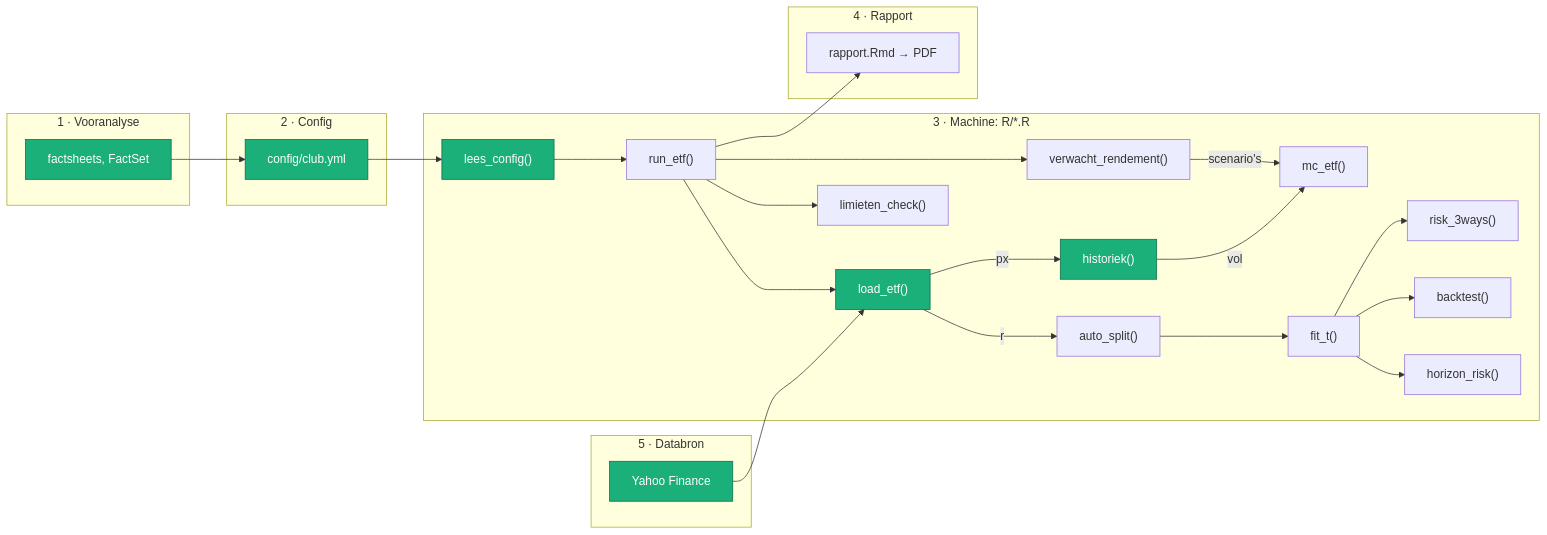
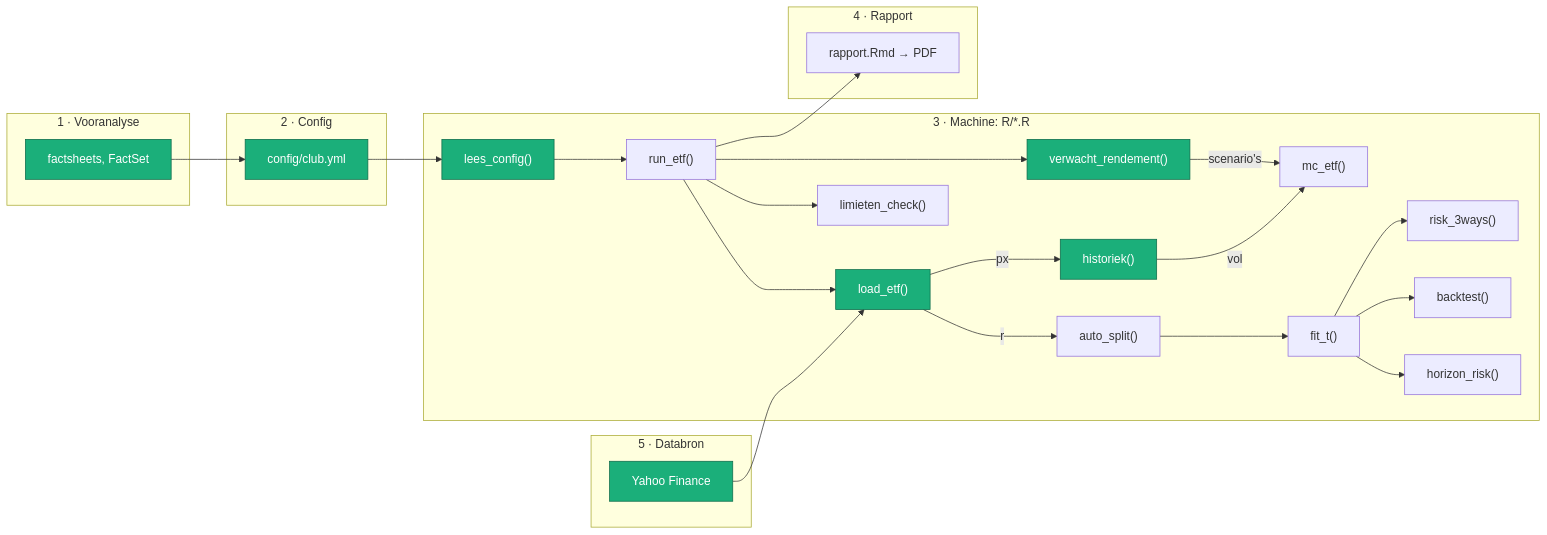
Before and after one commit to batistedecat/etf-model-1: the diagram in README.md, drawn with Mermaid. The commit also changed 5 other files, not shown here.

````diff
--- a/README.md
+++ b/README.md
@@ -6,43 +6,43 @@
 ```mermaid
 flowchart LR
   subgraph A["1 · Vooranalyse"]
     S["factsheets, FactSet"]
   end
   subgraph B["2 · Config"]
     Y["config/club.yml"]
   end
   subgraph C["3 · Machine: R/*.R"]
     LC["lees_config()"]
     RE["run_etf()"]
     LE["load_etf()"]
     HI["historiek()"]
     VR["verwacht_rendement()"]
     MC["mc_etf()"]
     AS["auto_split()"]
     FT["fit_t()"]
     RK["risk_3ways()"]
     BT["backtest()"]
     HR["horizon_risk()"]
     LM["limieten_check()"]
   end
   subgraph D["4 · Rapport"]
     RP["rapport.Rmd → PDF"]
   end
   subgraph E["5 · Databron"]
     YH["Yahoo Finance"]
   end
   S --> Y --> LC --> RE
   RE --> LE
   LE -->|px| HI
   YH --> LE
   RE --> VR -->|scenario's| MC
   HI -->|vol| MC
   LE -->|r| AS --> FT
   FT --> RK
   FT --> BT
   FT --> HR
   RE --> LM
   RE --> RP
   classDef klaar fill:#1BAF7A,color:#fff,stroke:#0d6b4a
-    class LC,LE,YH,Y,S,HI klaar
+    class LC,LE,YH,Y,S,HI,VR klaar
 ```
````
